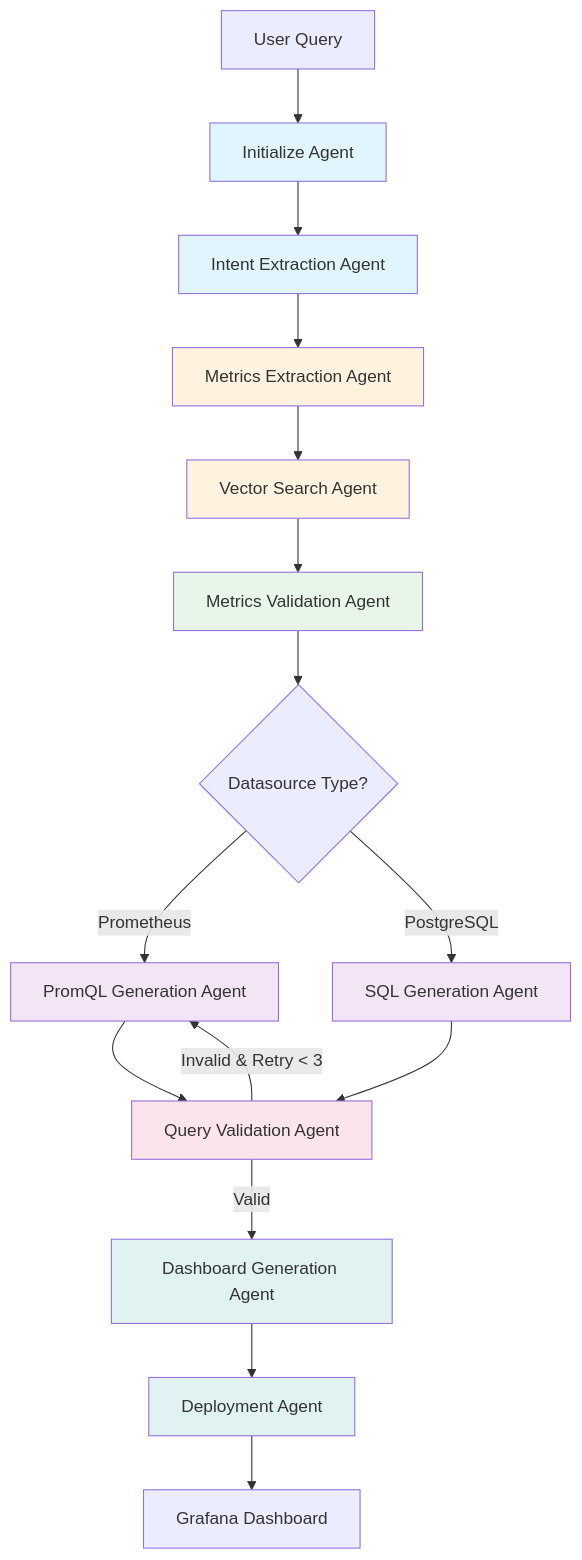
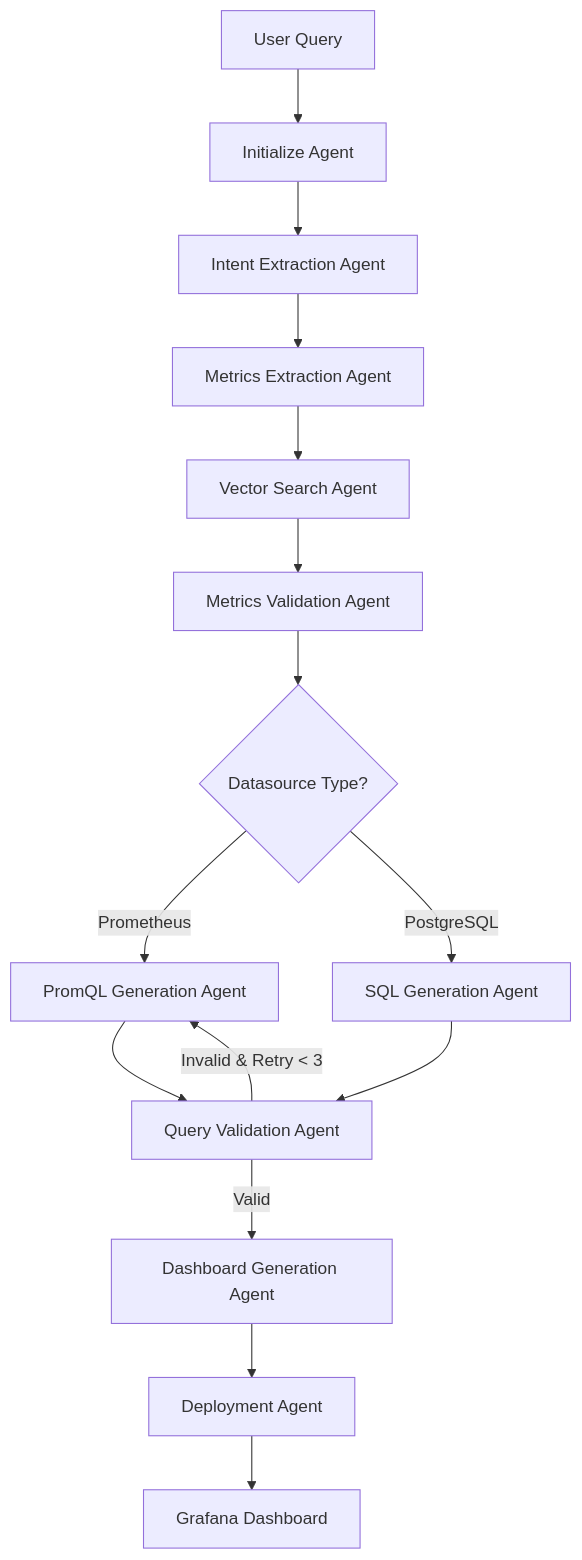
Before and after one commit to vsion-x/vizgenie: the diagram in README.md, drawn with Mermaid. The commit also changed other lines of this file, not shown here.

````diff
--- a/README.md
+++ b/README.md
@@ -95,28 +95,18 @@
 ```mermaid
 graph TD
     A[User Query] --> B[Initialize Agent]
     B --> C[Intent Extraction Agent]
     C --> D[Metrics Extraction Agent]
     D --> E[Vector Search Agent]
     E --> F[Metrics Validation Agent]
     F --> G{Datasource Type?}
     G -->|Prometheus| H[PromQL Generation Agent]
     G -->|PostgreSQL| I[SQL Generation Agent]
     H --> J[Query Validation Agent]
     I --> J
     J -->|Invalid & Retry < 3| H
     J -->|Valid| K[Dashboard Generation Agent]
     K --> L[Deployment Agent]
     L --> M[Grafana Dashboard]
-    
-    style B fill:#e1f5ff
-    style C fill:#e1f5ff
-    style D fill:#fff3e0
-    style E fill:#fff3e0
-    style F fill:#e8f5e9
-    style H fill:#f3e5f5
-    style I fill:#f3e5f5
-    style J fill:#fce4ec
-    style K fill:#e0f2f1
-    style L fill:#e0f2f1
+
 ```
````
